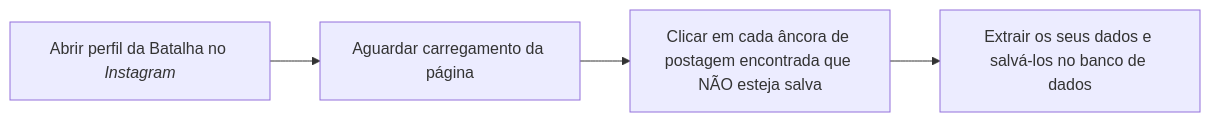
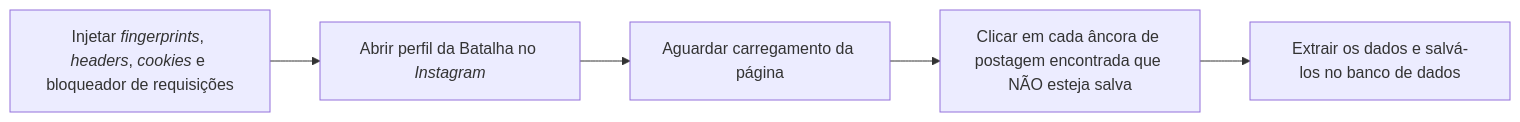
Before and after one commit to ericstefano/mapadabatalha: the first of 5 diagrams in docs/presentation/slides.md, drawn with Mermaid. The commit also changed other lines of this file and 2 other files, not shown here.

````diff
--- a/docs/presentation/slides.md
+++ b/docs/presentation/slides.md
@@ -126,4 +129,4 @@
 ```mermaid
 flowchart LR
-  id1[Abrir perfil da Batalha no <em>Instagram</em>] --> id2[Aguardar carregamento da página] --> id3[Clicar em cada âncora de postagem encontrada que NÃO esteja salva] --> id4[Extrair os seus dados e salvá-los no banco de dados]
+  id1[Injetar <em>fingerprints</em>, <em>headers</em>, <em>cookies</em> e bloqueador de requisições] --> id2[Abrir perfil da Batalha no <em>Instagram</em>] --> id3[Aguardar carregamento da página] --> id4[Clicar em cada âncora de postagem encontrada que NÃO esteja salva] --> id5[Extrair os dados e salvá-los no banco de dados]
 ```
````
